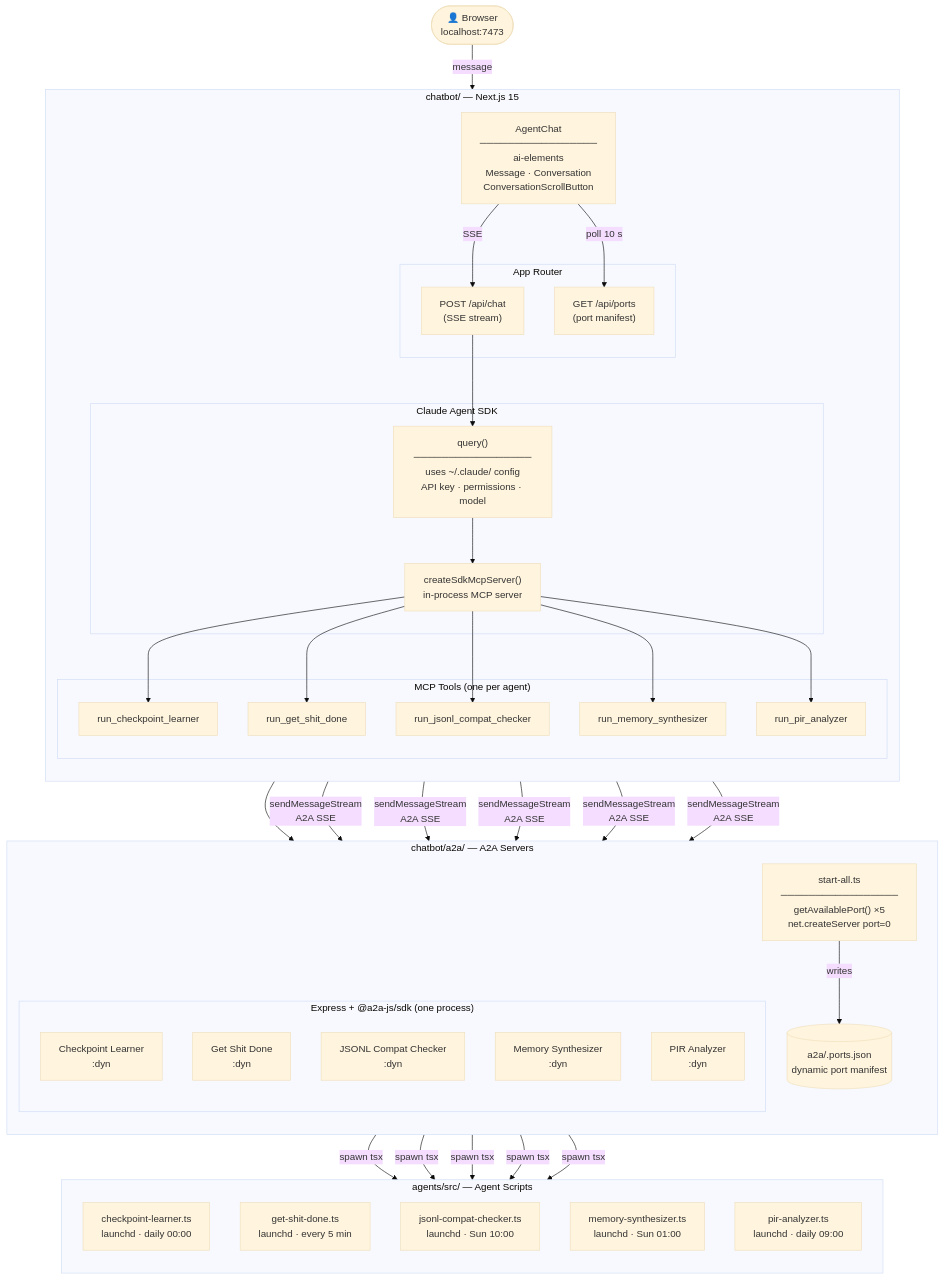
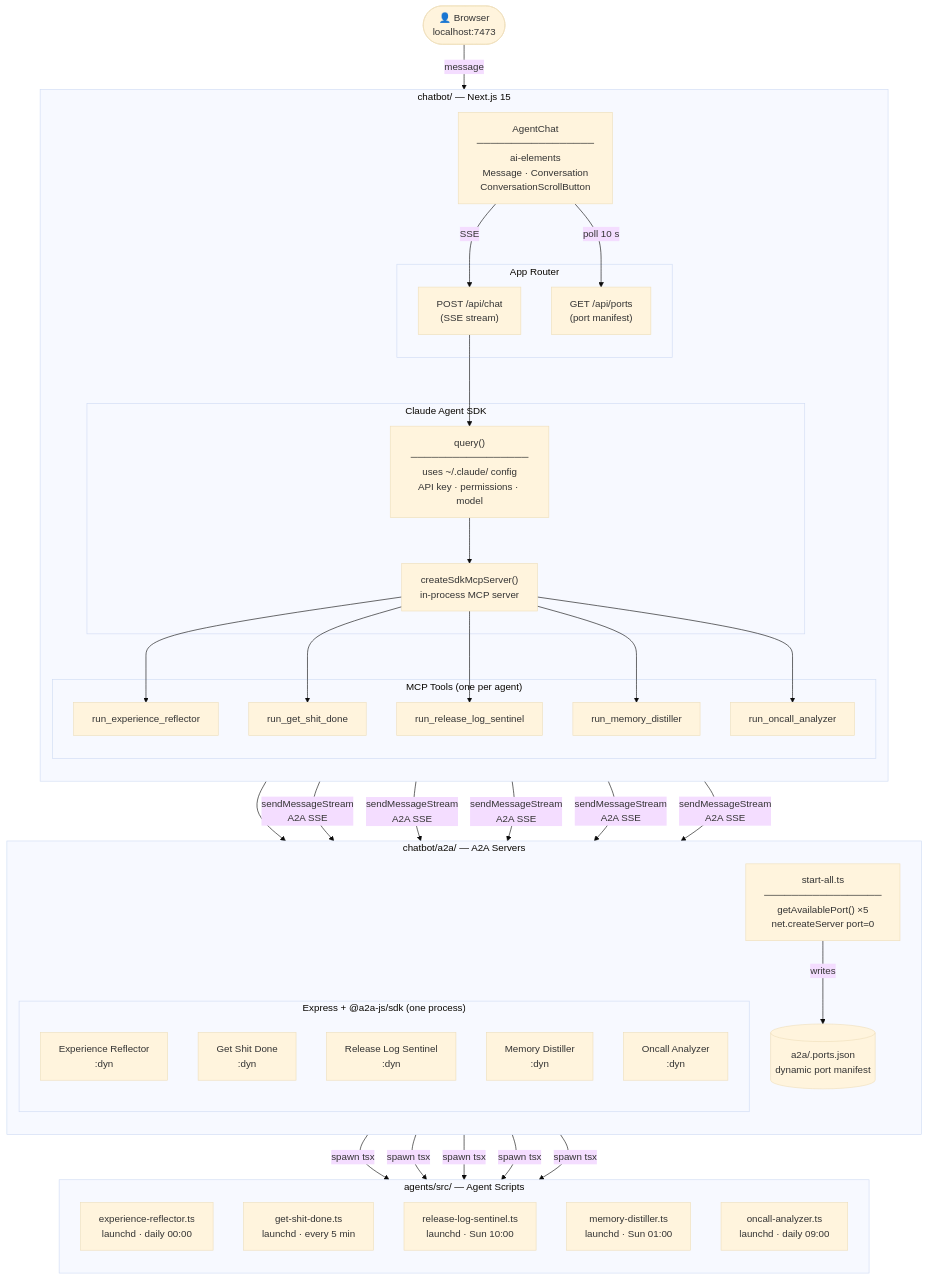
Before and after one commit to delexw/claude-code-misc: the first of 3 diagrams in agents/README.md, drawn with Mermaid (base theme). The commit also changed other lines of this file and 16 other files, not shown here.

````diff
--- a/agents/README.md
+++ b/agents/README.md
@@ -11,72 +11,72 @@
 ```mermaid
 flowchart TD
     User(["👤 Browser\nlocalhost:7473"])
 
     subgraph chatbot["chatbot/  —  Next.js 15"]
         direction TB
         UI["AgentChat\n─────────────────\nai-elements\nMessage · Conversation\nConversationScrollButton"]
 
         subgraph routes["App Router"]
             APIChat["POST /api/chat\n(SSE stream)"]
             APIPorts["GET /api/ports\n(port manifest)"]
         end
 
         subgraph sdk["Claude Agent SDK"]
             Query["query()\n─────────────────\nuses ~/.claude/ config\nAPI key · permissions · model"]
             McpSrv["createSdkMcpServer()\nin-process MCP server"]
         end
 
         subgraph tools["MCP Tools  (one per agent)"]
-            T1["run_checkpoint_learner"]
+            T1["run_experience_reflector"]
             T2["run_get_shit_done"]
-            T3["run_jsonl_compat_checker"]
-            T4["run_memory_synthesizer"]
-            T5["run_pir_analyzer"]
+            T3["run_release_log_sentinel"]
+            T4["run_memory_distiller"]
+            T5["run_oncall_analyzer"]
         end
     end
 
     subgraph a2a["chatbot/a2a/  —  A2A Servers"]
         direction TB
         StartAll["start-all.ts\n─────────────────\ngetAvailablePort() ×5\nnet.createServer port=0"]
         PM[("a2a/.ports.json\ndynamic port manifest")]
 
         subgraph servers["Express + @a2a-js/sdk  (one process)"]
-            S1["Checkpoint Learner\n:dyn"]
+            S1["Experience Reflector\n:dyn"]
             S2["Get Shit Done\n:dyn"]
-            S3["JSONL Compat Checker\n:dyn"]
-            S4["Memory Synthesizer\n:dyn"]
-            S5["PIR Analyzer\n:dyn"]
+            S3["Release Log Sentinel\n:dyn"]
+            S4["Memory Distiller\n:dyn"]
+            S5["Oncall Analyzer\n:dyn"]
         end
     end
 
     subgraph src["agents/src/  —  Agent Scripts"]
         direction TB
-        A1["checkpoint-learner.ts\nlaunchd · daily 00:00"]
+        A1["experience-reflector.ts\nlaunchd · daily 00:00"]
         A2["get-shit-done.ts\nlaunchd · every 5 min"]
-        A3["jsonl-compat-checker.ts\nlaunchd · Sun 10:00"]
-        A4["memory-synthesizer.ts\nlaunchd · Sun 01:00"]
-        A5["pir-analyzer.ts\nlaunchd · daily 09:00"]
+        A3["release-log-sentinel.ts\nlaunchd · Sun 10:00"]
+        A4["memory-distiller.ts\nlaunchd · Sun 01:00"]
+        A5["oncall-analyzer.ts\nlaunchd · daily 09:00"]
     end
 
     User -- "message" --> UI
     UI -- "SSE" --> APIChat
     UI -- "poll 10 s" --> APIPorts
     APIPorts --> PM
     StartAll -- "writes" --> PM
 
     APIChat --> Query
     Query --> McpSrv
     McpSrv --> T1 & T2 & T3 & T4 & T5
 
     T1 -- "sendMessageStream\nA2A SSE" --> S1
     T2 -- "sendMessageStream\nA2A SSE" --> S2
     T3 -- "sendMessageStream\nA2A SSE" --> S3
     T4 -- "sendMessageStream\nA2A SSE" --> S4
     T5 -- "sendMessageStream\nA2A SSE" --> S5
 
     S1 -- "spawn tsx" --> A1
     S2 -- "spawn tsx" --> A2
     S3 -- "spawn tsx" --> A3
     S4 -- "spawn tsx" --> A4
     S5 -- "spawn tsx" --> A5
 ```
````
